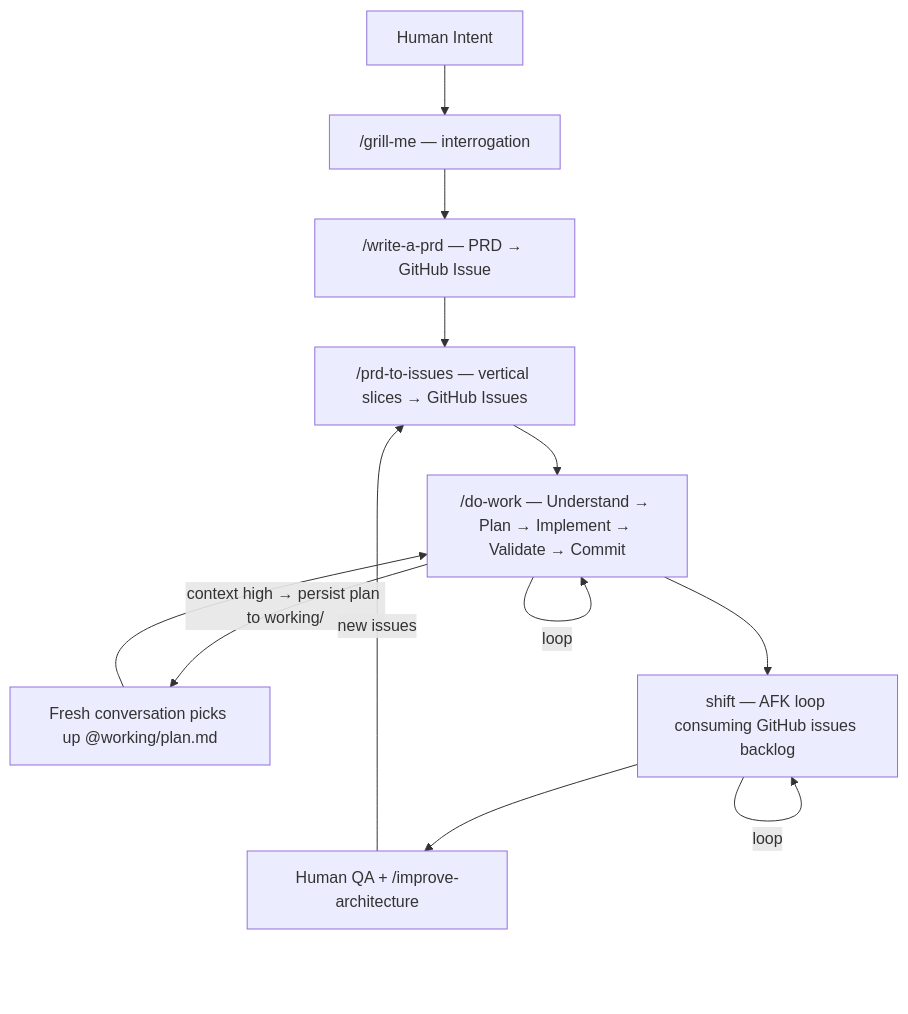
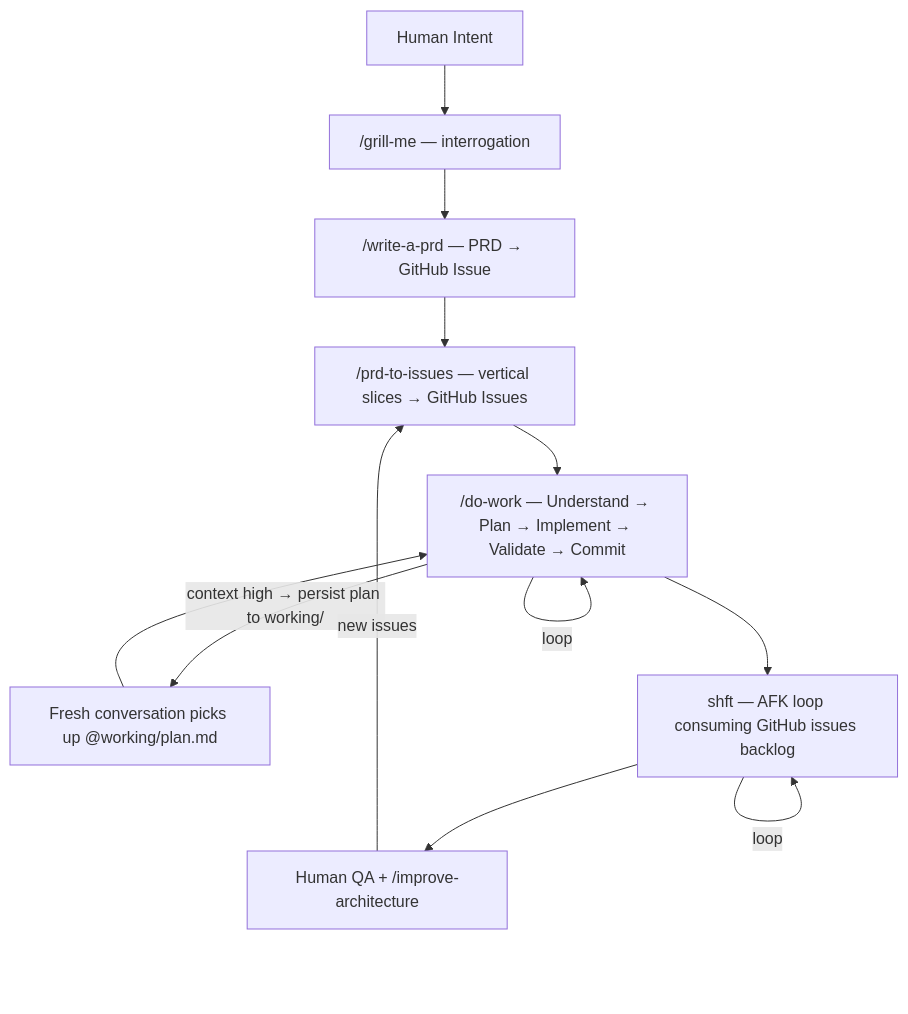
Before and after one commit to arndvs/ctrlshft: the diagram in README.md, drawn with Mermaid. The commit also changed other lines of this file and 6 other files, not shown here.

First line of the commit message:
refactor: rename shift → shft to match ctrlshft.dev branding

````diff
--- a/README.md
+++ b/README.md
@@ -36,14 +36,14 @@
 ```mermaid
 graph TD
     A[Human Intent] --> B["/grill-me — interrogation"]
     B --> C["/write-a-prd — PRD → GitHub Issue"]
     C --> D["/prd-to-issues — vertical slices → GitHub Issues"]
     D --> E["/do-work — Understand → Plan → Implement → Validate → Commit"]
     E -->|loop| E
     E -->|"context high → persist plan to working/"| H["Fresh conversation picks up @working/plan.md"]
     H --> E
-    E --> F["shift — AFK loop consuming GitHub issues backlog"]
+    E --> F["shft — AFK loop consuming GitHub issues backlog"]
     F -->|loop| F
     F --> G["Human QA + /improve-architecture"]
     G -->|new issues| D
 ```
````
